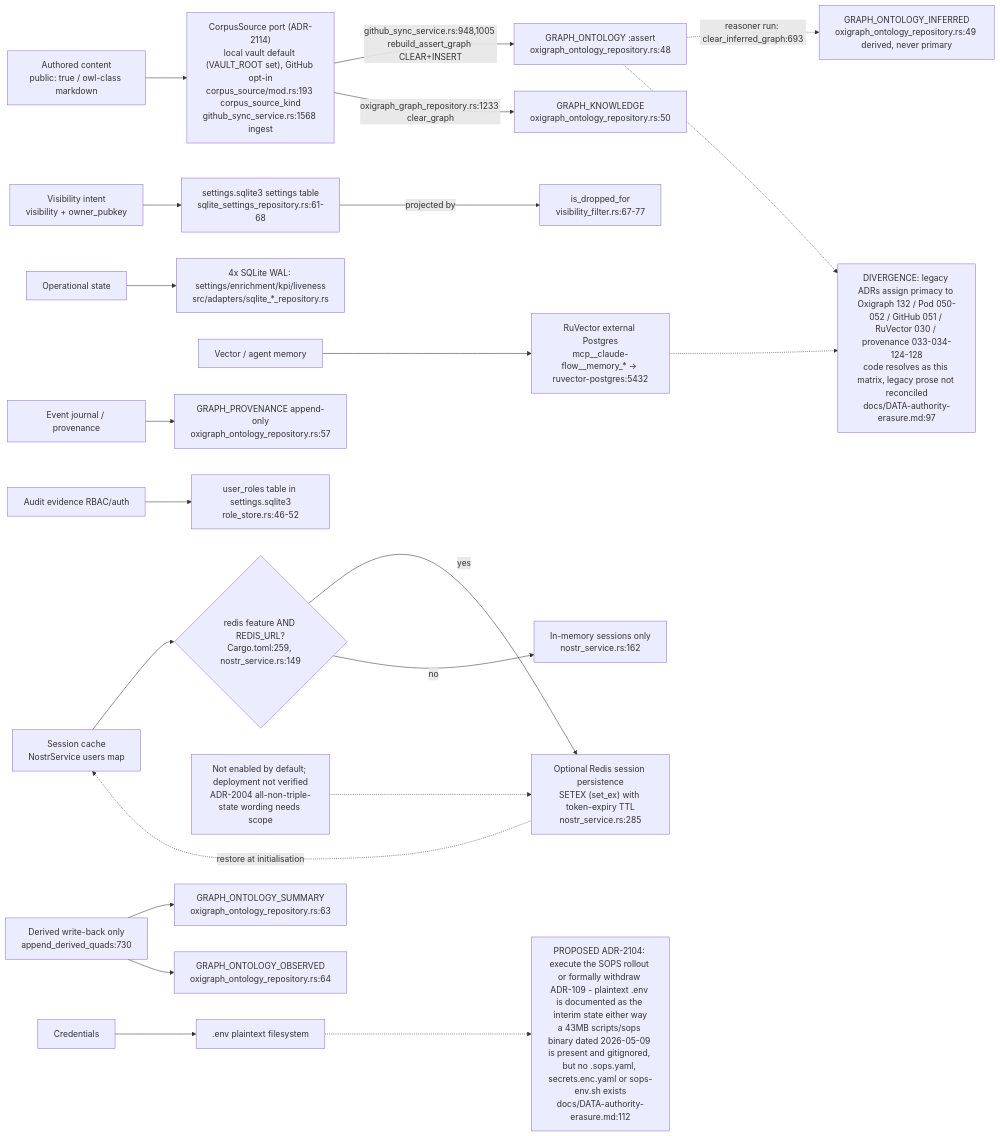
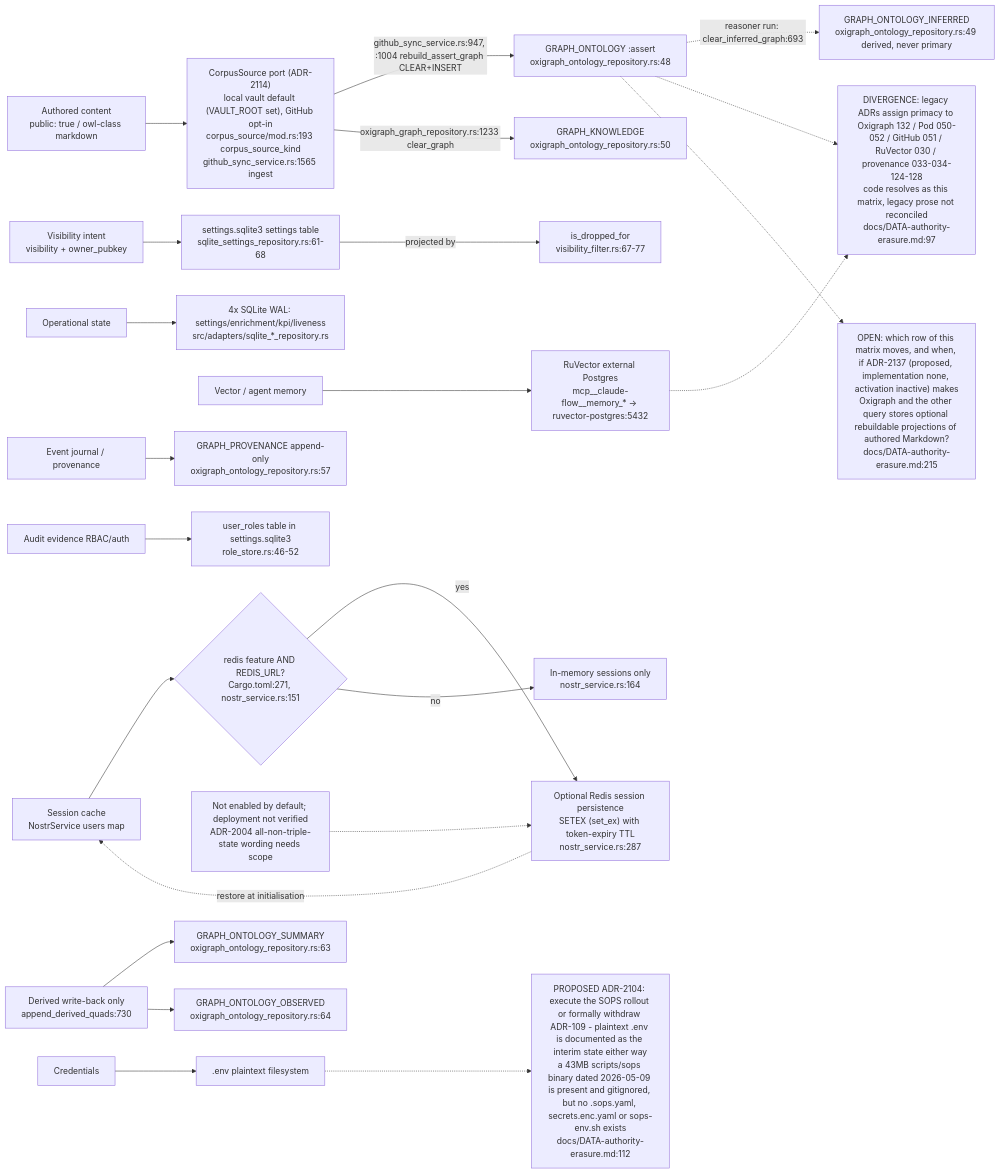
One commit to DreamLab-AI/VisionFlow changed the first of 11 diagrams in docs/diagrams/visionclaw/22-data-authority-provenance-erasure.md. Above: the diagram before and after it, drawn with Mermaid. The commit also changed other lines of this file and 26 other files, not shown here.

First line of the commit message:
docs(diagrams): re-verify solid-pod-rs, nostr-rust-forum and visionclaw 22/36 against HEAD

````diff
--- a/docs/diagrams/visionclaw/22-data-authority-provenance-erasure.md
+++ b/docs/diagrams/visionclaw/22-data-authority-provenance-erasure.md
@@ -49,37 +49,40 @@
 ```mermaid
 flowchart LR
-    AuthContent["Authored content<br/>public: true / owl-class markdown"] --> CorpusSrc["CorpusSource port (ADR-2114)<br/>local vault default (VAULT_ROOT set), GitHub opt-in<br/>corpus_source/mod.rs:193 corpus_source_kind<br/>github_sync_service.rs:1568 ingest"]
-    CorpusSrc -->|"github_sync_service.rs:948,1005 rebuild_assert_graph CLEAR+INSERT"| AssertGraph["GRAPH_ONTOLOGY :assert<br/>oxigraph_ontology_repository.rs:48"]
+    AuthContent["Authored content<br/>public: true / owl-class markdown"] --> CorpusSrc["CorpusSource port (ADR-2114)<br/>local vault default (VAULT_ROOT set), GitHub opt-in<br/>corpus_source/mod.rs:193 corpus_source_kind<br/>github_sync_service.rs:1565 ingest"]
+    CorpusSrc -->|"github_sync_service.rs:947, :1004 rebuild_assert_graph CLEAR+INSERT"| AssertGraph["GRAPH_ONTOLOGY :assert<br/>oxigraph_ontology_repository.rs:48"]
     CorpusSrc -->|"oxigraph_graph_repository.rs:1233 clear_graph"| KnowledgeGraph["GRAPH_KNOWLEDGE<br/>oxigraph_ontology_repository.rs:50"]
 
     VisIntent["Visibility intent<br/>visibility + owner_pubkey"] --> SettingsDB["settings.sqlite3 settings table<br/>sqlite_settings_repository.rs:61-68"]
     SettingsDB -->|"projected by"| VisFilter["is_dropped_for<br/>visibility_filter.rs:67-77"]
 
     AssertGraph -.->|"reasoner run: clear_inferred_graph:693"| InferredGraph["GRAPH_ONTOLOGY_INFERRED<br/>oxigraph_ontology_repository.rs:49 derived, never primary"]
 
     OpState["Operational state"] --> SqliteFour["4x SQLite WAL: settings/enrichment/kpi/liveness<br/>src/adapters/sqlite_*_repository.rs"]
 
     VectorMem["Vector / agent memory"] --> RuVector["RuVector external Postgres<br/>mcp__claude-flow__memory_* -> ruvector-postgres:5432"]
 
     EventJournal["Event journal / provenance"] --> ProvGraph["GRAPH_PROVENANCE append-only<br/>oxigraph_ontology_repository.rs:57"]
 
     AuditRBAC["Audit evidence RBAC/auth"] --> RoleTable["user_roles table in settings.sqlite3<br/>role_store.rs:46-52"]
 
-    Sessions["Session cache<br/>NostrService users map"] --> RedisGate{"redis feature AND REDIS_URL?<br/>Cargo.toml:259, nostr_service.rs:149"}
-    RedisGate -->|yes| Redis["Optional Redis session persistence<br/>SETEX (set_ex) with token-expiry TTL<br/>nostr_service.rs:285"]
-    RedisGate -->|no| Memory["In-memory sessions only<br/>nostr_service.rs:162"]
+    Sessions["Session cache<br/>NostrService users map"] --> RedisGate{"redis feature AND REDIS_URL?<br/>Cargo.toml:271, nostr_service.rs:151"}
+    RedisGate -->|yes| Redis["Optional Redis session persistence<br/>SETEX (set_ex) with token-expiry TTL<br/>nostr_service.rs:287"]
+    RedisGate -->|no| Memory["In-memory sessions only<br/>nostr_service.rs:164"]
     Redis -.->|"restore at initialisation"| Sessions
     RedisScope["Not enabled by default; deployment not verified<br/>ADR-2004 all-non-triple-state wording needs scope"] -.-> Redis
 
     Credentials["Credentials"] --> DotEnv[".env plaintext filesystem"]
 
     DerivedWB["Derived write-back only<br/>append_derived_quads:730"] --> SummaryGraph["GRAPH_ONTOLOGY_SUMMARY<br/>oxigraph_ontology_repository.rs:63"]
     DerivedWB --> ObservedGraph["GRAPH_ONTOLOGY_OBSERVED<br/>oxigraph_ontology_repository.rs:64"]
 
     DivLegacy["DIVERGENCE: legacy ADRs assign primacy to Oxigraph 132 / Pod 050-052 / GitHub 051 / RuVector 030 / provenance 033-034-124-128<br/>code resolves as this matrix, legacy prose not reconciled<br/>docs/DATA-authority-erasure.md:97"]
     AssertGraph -.-> DivLegacy
     RuVector -.-> DivLegacy
 
     DivCreds["PROPOSED ADR-2104: execute the SOPS rollout or formally withdraw ADR-109 - plaintext .env is documented as the interim state either way<br/>a 43MB scripts/sops binary dated 2026-05-09 is present and gitignored, but no .sops.yaml, secrets.enc.yaml or sops-env.sh exists<br/>docs/DATA-authority-erasure.md:112"]
     DotEnv -.-> DivCreds
+
+    DivWorkspace["OPEN: which row of this matrix moves, and when, if ADR-2137 (proposed, implementation none, activation inactive) makes<br/>Oxigraph and the other query stores optional rebuildable projections of authored Markdown?<br/>docs/DATA-authority-erasure.md:215"]
+    AssertGraph -.-> DivWorkspace
 ```
````
